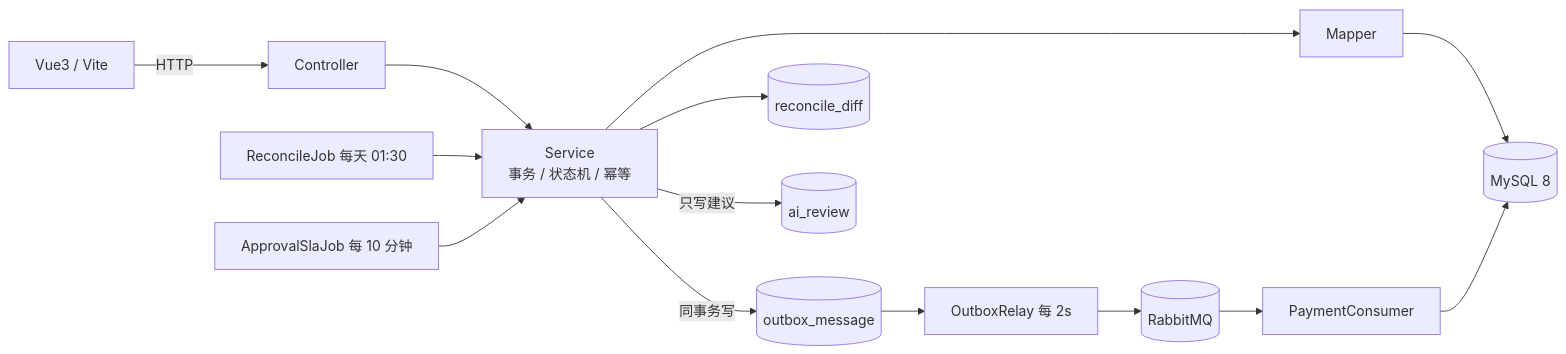
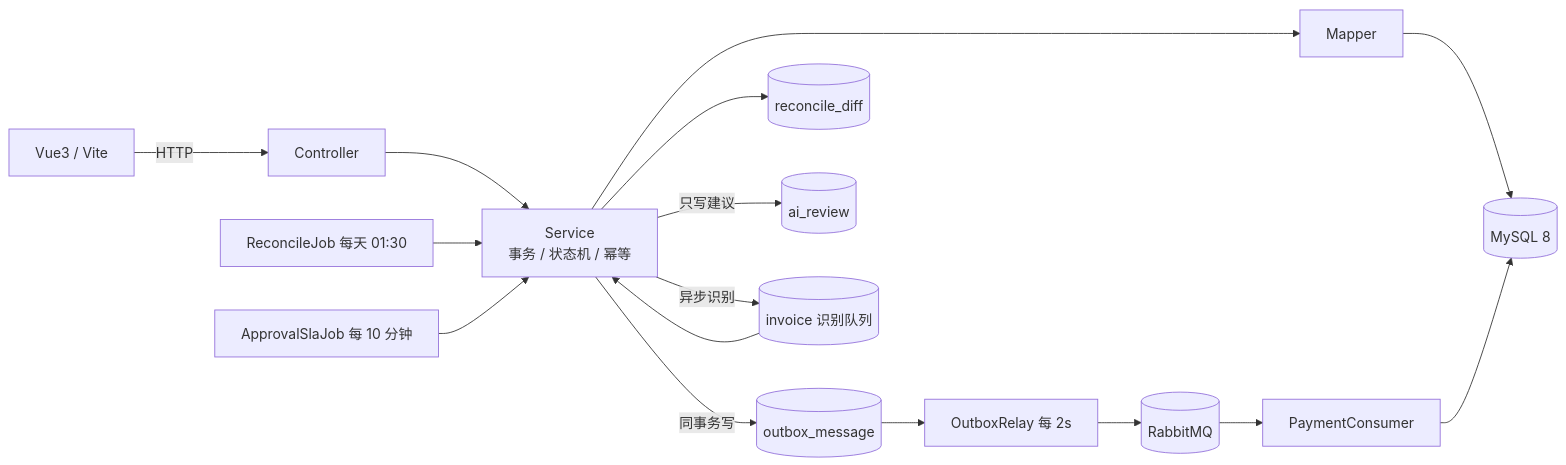
Before and after one commit to cg9801/Smart-Expense: the diagram in README.md, drawn with Mermaid. The commit also changed other lines of this file and 112 other files, not shown here.

````diff
--- a/README.md
+++ b/README.md
@@ -26,11 +45,12 @@
 ```mermaid
 flowchart LR
     U[Vue3 / Vite] -->|HTTP| C[Controller]
     C --> S[Service<br/>事务 / 状态机 / 幂等]
     S --> M[Mapper] --> DB[(MySQL 8)]
     S -->|同事务写| OB[(outbox_message)]
     OB --> R[OutboxRelay 每 2s] --> MQ[(RabbitMQ)] --> PC[PaymentConsumer] --> DB
     RC[ReconcileJob 每天 01:30] --> S --> RD[(reconcile_diff)]
     SJ[ApprovalSlaJob 每 10 分钟] --> S
     S -->|只写建议| AR[(ai_review)]
+    S -->|异步识别| IQ[(invoice 识别队列)] --> S
 ```
````
